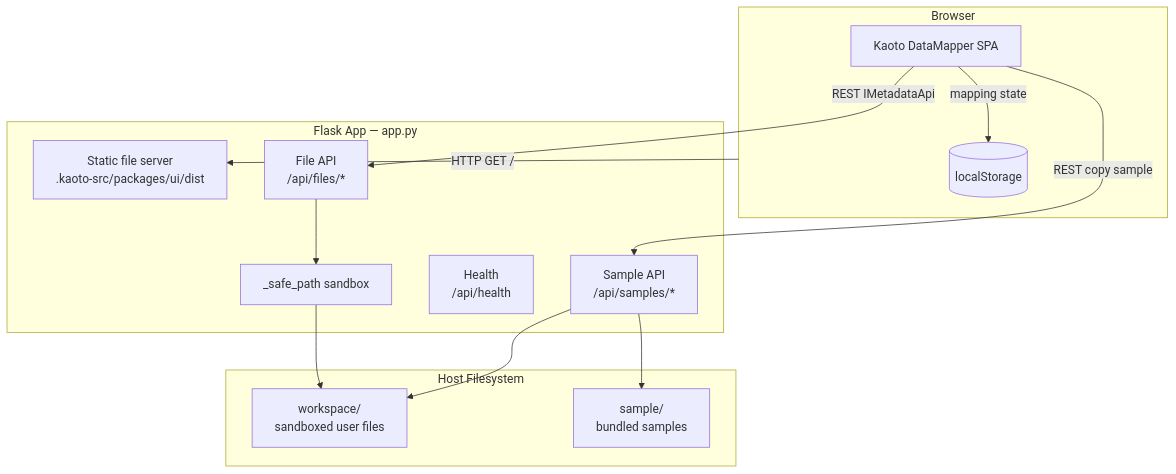
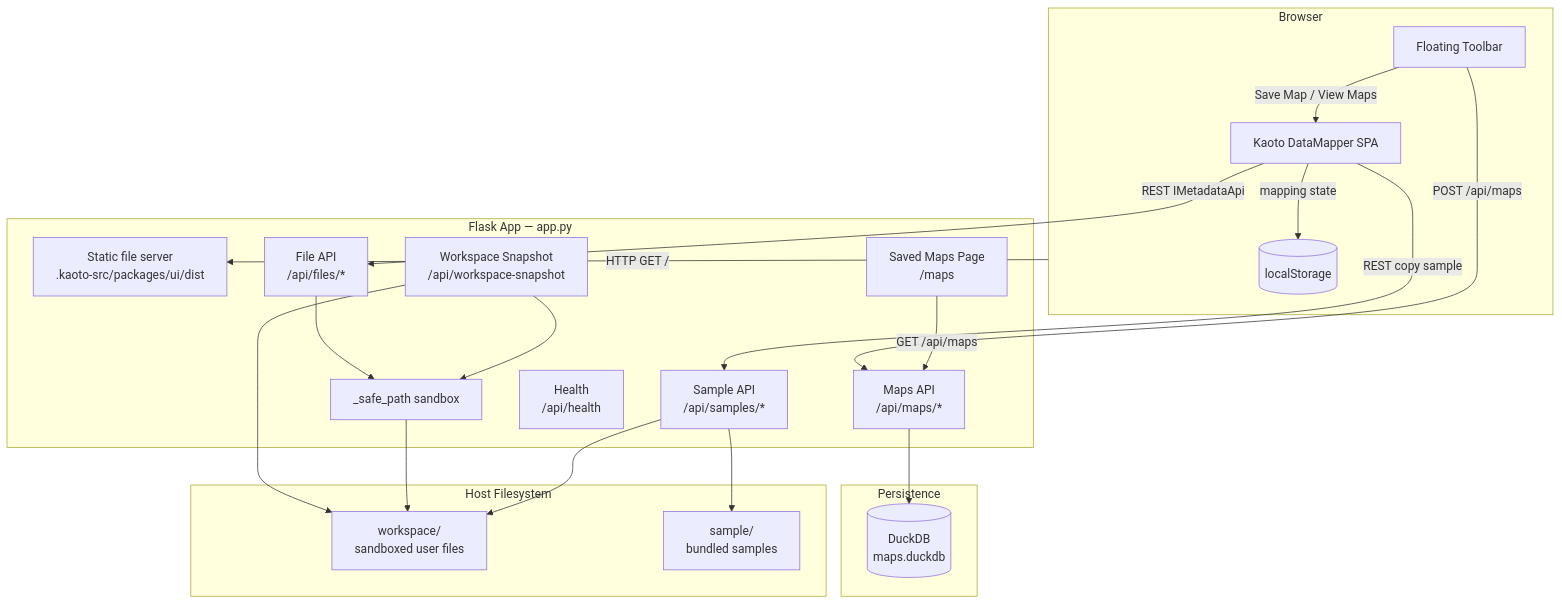
The first of 2 diagrams in docs/ARCHITECTURE.md (ramakrishnanWT/datamapper-webapp), drawn with Mermaid before and after one commit. The commit also changed other lines of this file and 3 other files, not shown here.

First line of the commit message:
test+docs: maps API tests, SPEC and ARCHITECTURE updated

````diff
--- a/docs/ARCHITECTURE.md
+++ b/docs/ARCHITECTURE.md
@@ -9,29 +9,43 @@
 ```mermaid
 graph TD
     subgraph Browser
         UI[Kaoto DataMapper SPA]
         LS[(localStorage)]
+        TB[Floating Toolbar]
         UI -- mapping state --> LS
+        TB -- Save Map / View Maps --> UI
     end
 
     subgraph Flask App  [Flask App — app.py]
         STATIC[Static file server\n.kaoto-src/packages/ui/dist]
         FILEAPI[File API\n/api/files/*]
         SAMPLEAPI[Sample API\n/api/samples/*]
+        MAPSAPI[Maps API\n/api/maps/*]
+        SNAPSHOT[Workspace Snapshot\n/api/workspace-snapshot]
+        MAPSPAGE[Saved Maps Page\n/maps]
         HEALTH[Health\n/api/health]
         SANDBOX[_safe_path sandbox]
         FILEAPI --> SANDBOX
+        SNAPSHOT --> SANDBOX
     end
 
     subgraph Host Filesystem
         WORKSPACE[workspace/\nsandboxed user files]
         SAMPLES[sample/\nbundled samples]
     end
 
+    subgraph Persistence
+        DUCK[(DuckDB\nmaps.duckdb)]
+    end
+
     Browser -- HTTP GET / --> STATIC
     UI -- REST IMetadataApi --> FILEAPI
     UI -- REST copy sample --> SAMPLEAPI
+    TB -- POST /api/maps --> MAPSAPI
+    MAPSPAGE -- GET /api/maps --> MAPSAPI
+    SNAPSHOT --> WORKSPACE
     SANDBOX --> WORKSPACE
     SAMPLEAPI --> SAMPLES
     SAMPLEAPI --> WORKSPACE
+    MAPSAPI --> DUCK
 ```
````
